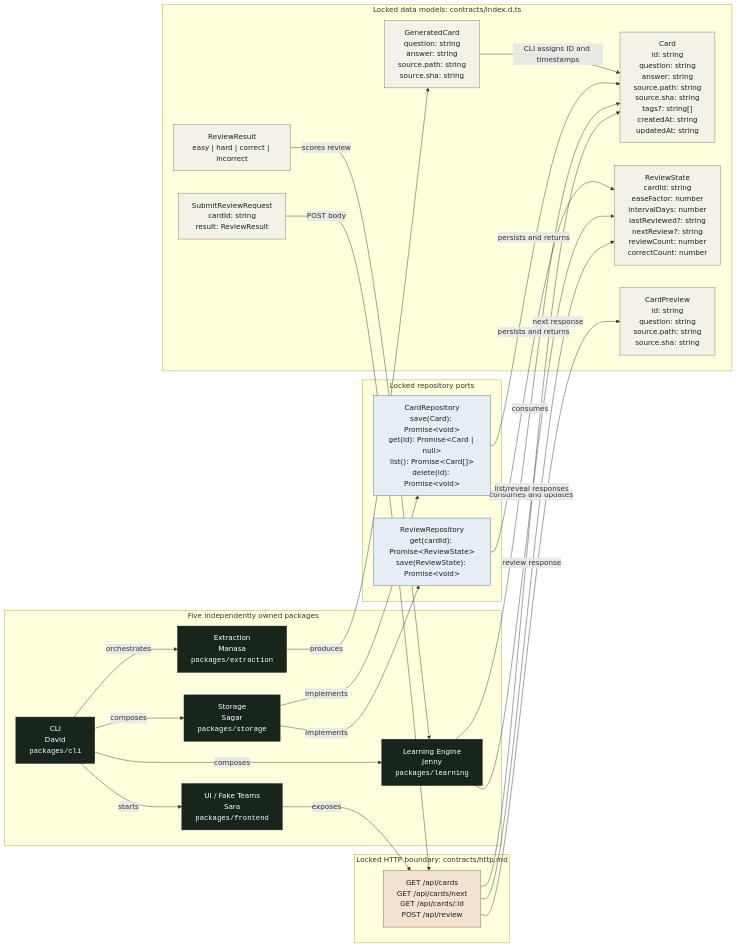
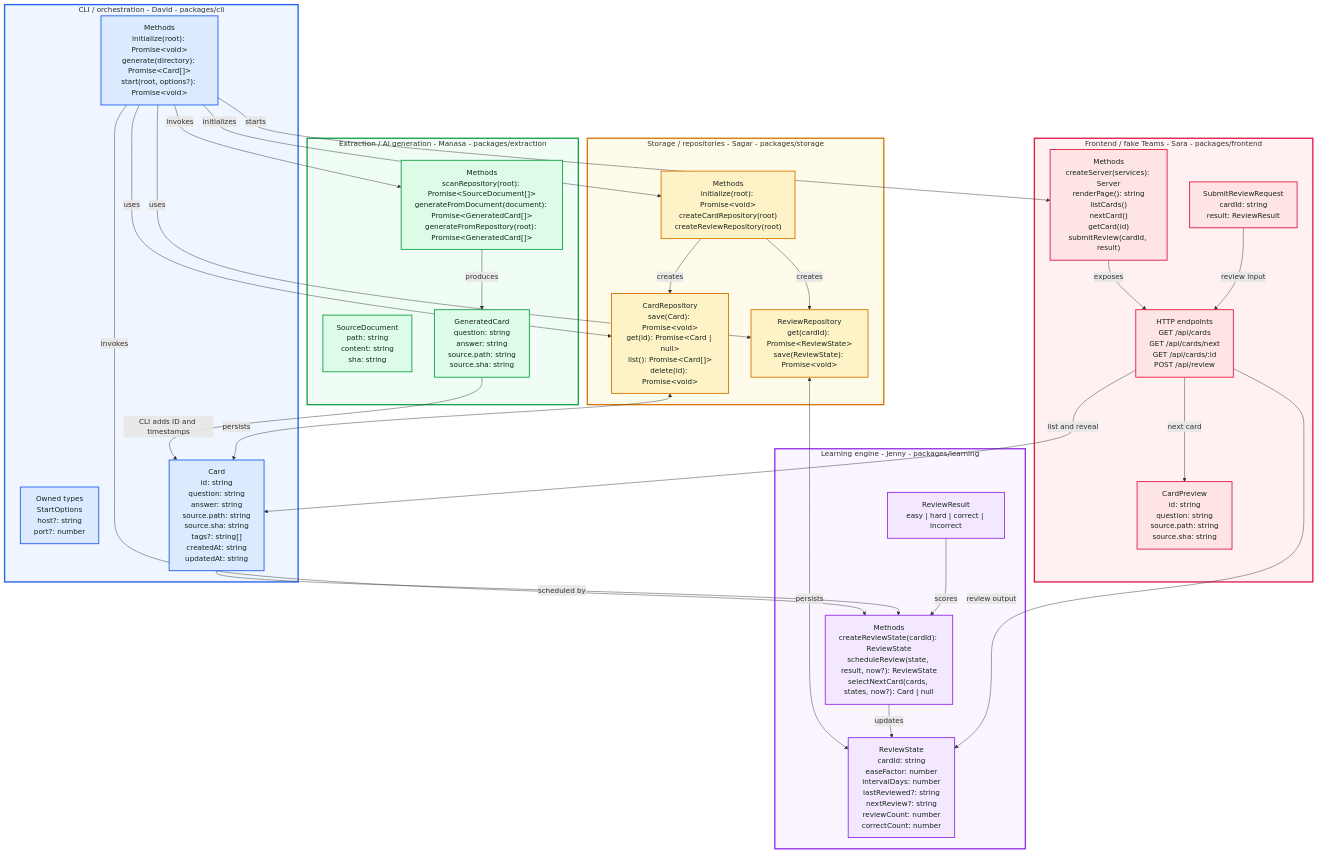
Before and after one commit to flashlearn-ai/flashlearn: the diagram in README.md, drawn with Mermaid. The commit also changed other lines of this file and 1 other file, not shown here.

Commit message:
Map contracts to package owners

````diff
--- a/README.md
+++ b/README.md
@@ -87,59 +87,70 @@
 ```mermaid
-flowchart LR
-  subgraph Packages["Five independently owned packages"]
-    CLI["CLI<br/>David<br/><code>packages/cli</code>"]
-    Extraction["Extraction<br/>Manasa<br/><code>packages/extraction</code>"]
-    Storage["Storage<br/>Sagar<br/><code>packages/storage</code>"]
-    Learning["Learning Engine<br/>Jenny<br/><code>packages/learning</code>"]
-    Frontend["UI / Fake Teams<br/>Sara<br/><code>packages/frontend</code>"]
+flowchart TB
+  subgraph CLI["CLI / orchestration - David - packages/cli"]
+    CliMethods["Methods<br/>initialize(root): Promise&lt;void&gt;<br/>generate(directory): Promise&lt;Card[]&gt;<br/>start(root, options?): Promise&lt;void&gt;"]
+    CliTypes["Owned types<br/>StartOptions<br/>host?: string<br/>port?: number"]
+    Card["Card<br/>id: string<br/>question: string<br/>answer: string<br/>source.path: string<br/>source.sha: string<br/>tags?: string[]<br/>createdAt: string<br/>updatedAt: string"]
   end
 
-  subgraph Models["Locked data models: contracts/index.d.ts"]
+  subgraph Extraction["Extraction / AI generation - Manasa - packages/extraction"]
+    ExtractionMethods["Methods<br/>scanRepository(root): Promise&lt;SourceDocument[]&gt;<br/>generateFromDocument(document): Promise&lt;GeneratedCard[]&gt;<br/>generateFromRepository(root): Promise&lt;GeneratedCard[]&gt;"]
+    SourceDocument["SourceDocument<br/>path: string<br/>content: string<br/>sha: string"]
     GeneratedCard["GeneratedCard<br/>question: string<br/>answer: string<br/>source.path: string<br/>source.sha: string"]
-    Card["Card<br/>id: string<br/>question: string<br/>answer: string<br/>source.path: string<br/>source.sha: string<br/>tags?: string[]<br/>createdAt: string<br/>updatedAt: string"]
-    ReviewState["ReviewState<br/>cardId: string<br/>easeFactor: number<br/>intervalDays: number<br/>lastReviewed?: string<br/>nextReview?: string<br/>reviewCount: number<br/>correctCount: number"]
-    ReviewResult["ReviewResult<br/>easy | hard | correct | incorrect"]
-    CardPreview["CardPreview<br/>id: string<br/>question: string<br/>source.path: string<br/>source.sha: string"]
-    ReviewRequest["SubmitReviewRequest<br/>cardId: string<br/>result: ReviewResult"]
   end
 
-  subgraph Ports["Locked repository ports"]
+  subgraph Storage["Storage / repositories - Sagar - packages/storage"]
+    StorageMethods["Methods<br/>initialize(root): Promise&lt;void&gt;<br/>createCardRepository(root)<br/>createReviewRepository(root)"]
     CardRepo["CardRepository<br/>save(Card): Promise&lt;void&gt;<br/>get(id): Promise&lt;Card | null&gt;<br/>list(): Promise&lt;Card[]&gt;<br/>delete(id): Promise&lt;void&gt;"]
     ReviewRepo["ReviewRepository<br/>get(cardId): Promise&lt;ReviewState&gt;<br/>save(ReviewState): Promise&lt;void&gt;"]
   end
 
-  subgraph HTTP["Locked HTTP boundary: contracts/http.md"]
-    Endpoints["GET /api/cards<br/>GET /api/cards/next<br/>GET /api/cards/:id<br/>POST /api/review"]
+  subgraph Learning["Learning engine - Jenny - packages/learning"]
+    LearningMethods["Methods<br/>createReviewState(cardId): ReviewState<br/>scheduleReview(state, result, now?): ReviewState<br/>selectNextCard(cards, states, now?): Card | null"]
+    ReviewState["ReviewState<br/>cardId: string<br/>easeFactor: number<br/>intervalDays: number<br/>lastReviewed?: string<br/>nextReview?: string<br/>reviewCount: number<br/>correctCount: number"]
+    ReviewResult["ReviewResult<br/>easy | hard | correct | incorrect"]
   end
 
-  Extraction -->|produces| GeneratedCard
-  GeneratedCard -->|CLI assigns ID and timestamps| Card
-  CLI -->|orchestrates| Extraction
-  CLI -->|composes| Storage
-  CLI -->|composes| Learning
-  CLI -->|starts| Frontend
+  subgraph Frontend["Frontend / fake Teams - Sara - packages/frontend"]
+    FrontendMethods["Methods<br/>createServer(services): Server<br/>renderPage(): string<br/>listCards()<br/>nextCard()<br/>getCard(id)<br/>submitReview(cardId, result)"]
+    CardPreview["CardPreview<br/>id: string<br/>question: string<br/>source.path: string<br/>source.sha: string"]
+    ReviewRequest["SubmitReviewRequest<br/>cardId: string<br/>result: ReviewResult"]
+    Endpoints["HTTP endpoints<br/>GET /api/cards<br/>GET /api/cards/next<br/>GET /api/cards/:id<br/>POST /api/review"]
+  end
 
-  Storage -->|implements| CardRepo
-  Storage -->|implements| ReviewRepo
-  CardRepo -->|persists and returns| Card
-  ReviewRepo -->|persists and returns| ReviewState
+  CliMethods -->|invokes| ExtractionMethods
+  ExtractionMethods -->|produces| GeneratedCard
+  GeneratedCard -->|CLI adds ID and timestamps| Card
+  CliMethods -->|uses| CardRepo
+  CliMethods -->|uses| ReviewRepo
+  CliMethods -->|initializes| StorageMethods
+  StorageMethods -->|creates| CardRepo
+  StorageMethods -->|creates| ReviewRepo
+  CardRepo <-->|persists| Card
+  ReviewRepo <-->|persists| ReviewState
+  CliMethods -->|invokes| LearningMethods
+  Card -->|scheduled by| LearningMethods
+  ReviewResult -->|scores| LearningMethods
+  LearningMethods -->|updates| ReviewState
+  CliMethods -->|starts| FrontendMethods
+  FrontendMethods -->|exposes| Endpoints
+  Endpoints -->|list and reveal| Card
+  Endpoints -->|next card| CardPreview
+  ReviewRequest -->|review input| Endpoints
+  Endpoints -->|review output| ReviewState
 
-  Learning -->|consumes| Card
-  Learning -->|consumes and updates| ReviewState
-  ReviewResult -->|scores review| Learning
-
-  Frontend -->|exposes| Endpoints
-  Endpoints -->|list/reveal responses| Card
-  Endpoints -->|next response| CardPreview
-  ReviewRequest -->|POST body| Endpoints
-  Endpoints -->|review response| ReviewState
-
-  classDef package fill:#17251d,color:#fff,stroke:#17251d;
-  classDef model fill:#f4f1e8,color:#17251d,stroke:#8b795e;
-  classDef port fill:#e6edf5,color:#17251d,stroke:#53708f;
-  classDef http fill:#f3e1d1,color:#17251d,stroke:#a55d38;
-  class CLI,Extraction,Storage,Learning,Frontend package;
-  class GeneratedCard,Card,ReviewState,ReviewResult,CardPreview,ReviewRequest model;
-  class CardRepo,ReviewRepo port;
-  class Endpoints http;
+  classDef cli fill:#dbeafe,color:#17251d,stroke:#2563eb,stroke-width:2px;
+  classDef extraction fill:#dcfce7,color:#17251d,stroke:#16a34a,stroke-width:2px;
+  classDef storage fill:#fef3c7,color:#17251d,stroke:#d97706,stroke-width:2px;
+  classDef learning fill:#f3e8ff,color:#17251d,stroke:#9333ea,stroke-width:2px;
+  classDef frontend fill:#ffe4e6,color:#17251d,stroke:#e11d48,stroke-width:2px;
+  class CliMethods,CliTypes,Card cli;
+  class ExtractionMethods,SourceDocument,GeneratedCard extraction;
+  class StorageMethods,CardRepo,ReviewRepo storage;
+  class LearningMethods,ReviewState,ReviewResult learning;
+  class FrontendMethods,CardPreview,ReviewRequest,Endpoints frontend;
+  style CLI fill:#eff6ff,stroke:#2563eb,stroke-width:3px
+  style Extraction fill:#f0fdf4,stroke:#16a34a,stroke-width:3px
+  style Storage fill:#fffbeb,stroke:#d97706,stroke-width:3px
+  style Learning fill:#faf5ff,stroke:#9333ea,stroke-width:3px
+  style Frontend fill:#fff1f2,stroke:#e11d48,stroke-width:3px
 ```
````
